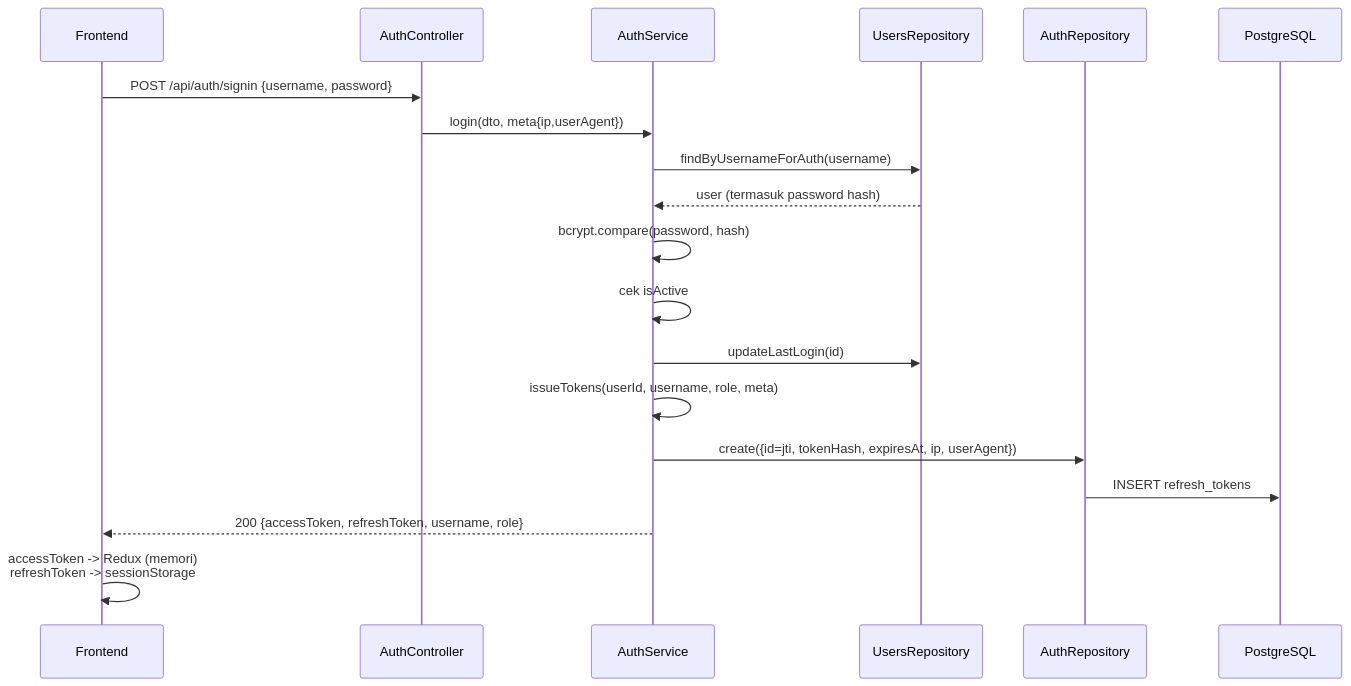
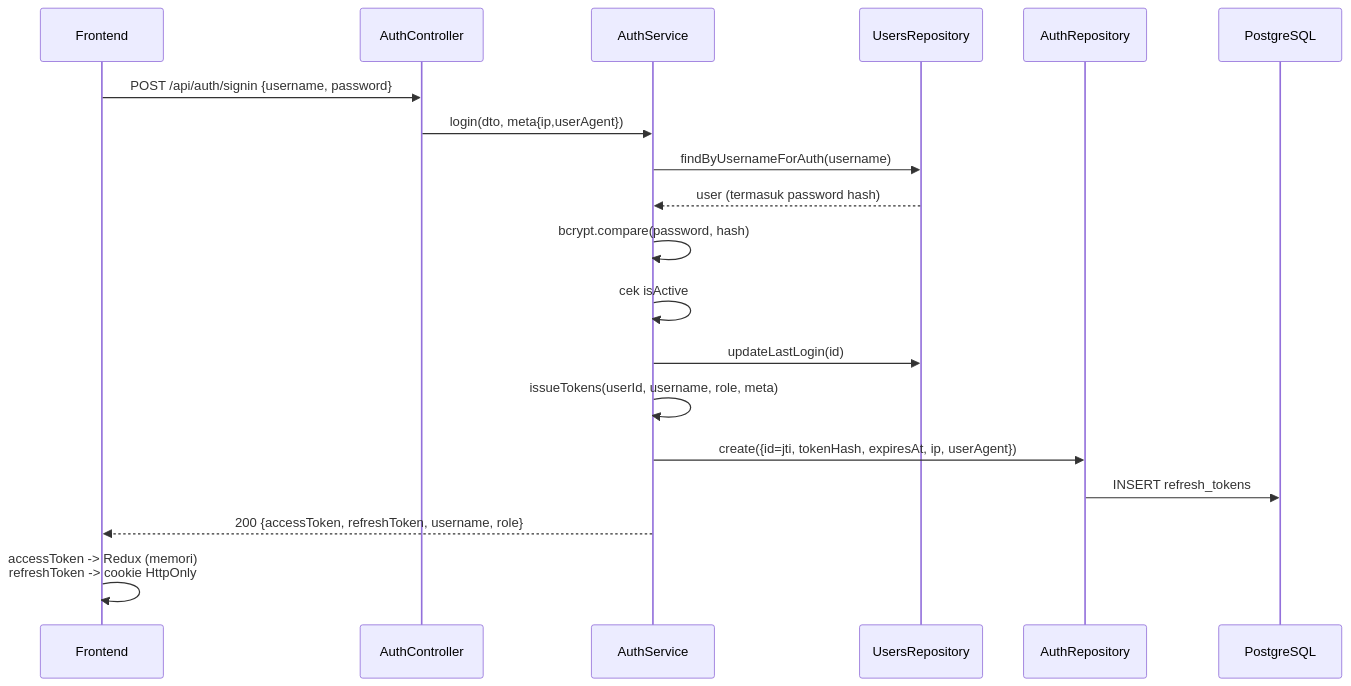
One commit to fadilalfarisy/performance-appraisal changed the second of 4 diagrams in apps/backend/docs/modules/auth.md. Above: the diagram before and after it, drawn with Mermaid. The commit also changed other lines of this file and 18 other files, not shown here.

Commit message:
feat: jwt refresh token have fix expire duration, delete reuse detection function

````diff
--- a/apps/backend/docs/modules/auth.md
+++ b/apps/backend/docs/modules/auth.md
@@ -501,22 +487,22 @@
 ```mermaid
 sequenceDiagram
     participant FE as Frontend
     participant AC as AuthController
     participant AS as AuthService
     participant UR as UsersRepository
     participant AR as AuthRepository
     participant DB as PostgreSQL
 
     FE->>AC: POST /api/auth/signin {username, password}
     AC->>AS: login(dto, meta{ip,userAgent})
     AS->>UR: findByUsernameForAuth(username)
     UR-->>AS: user (termasuk password hash)
     AS->>AS: bcrypt.compare(password, hash)
     AS->>AS: cek isActive
     AS->>UR: updateLastLogin(id)
     AS->>AS: issueTokens(userId, username, role, meta)
     AS->>AR: create({id=jti, tokenHash, expiresAt, ip, userAgent})
     AR->>DB: INSERT refresh_tokens
     AS-->>FE: 200 {accessToken, refreshToken, username, role}
-    FE->>FE: accessToken -> Redux (memori)<br/>refreshToken -> sessionStorage
+    FE->>FE: accessToken -> Redux (memori)<br/>refreshToken -> cookie HttpOnly
 ```
````
